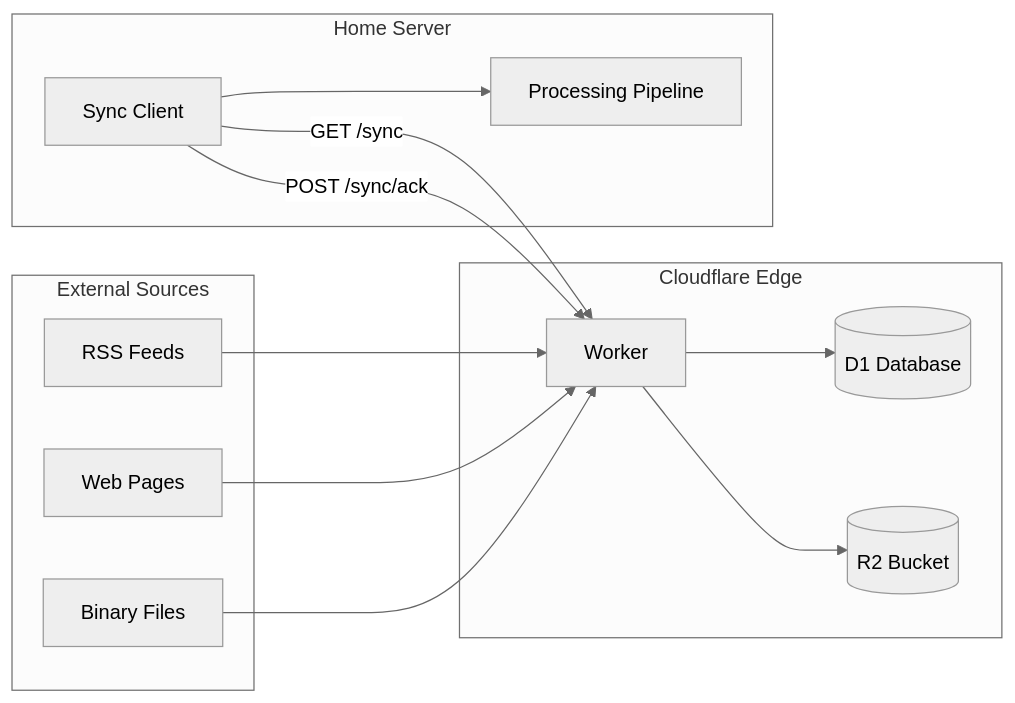
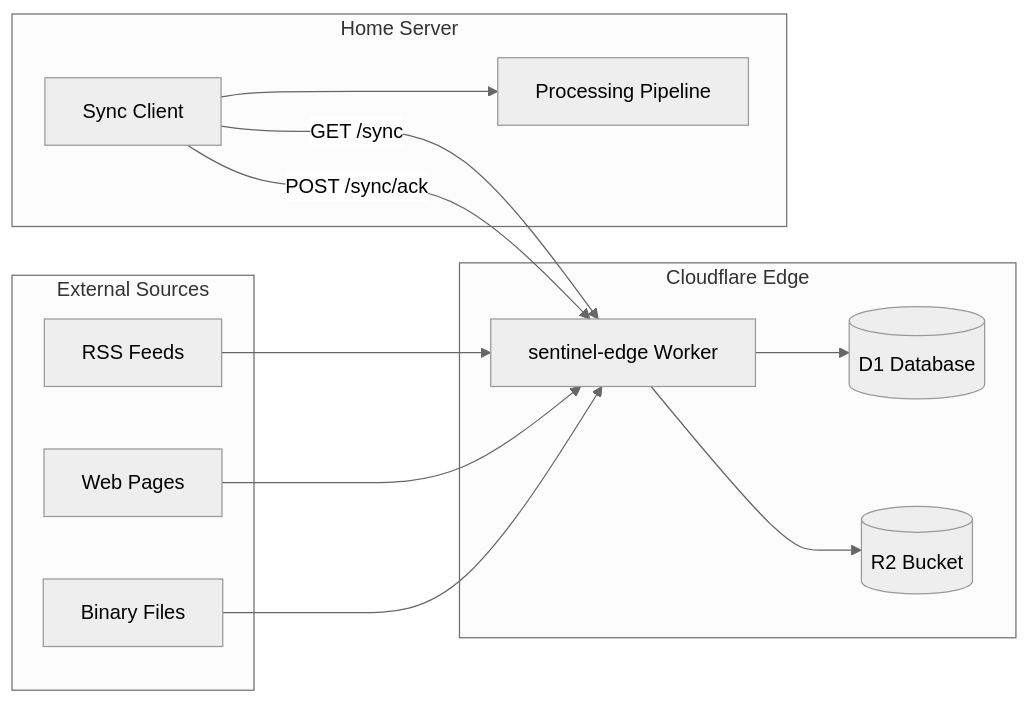
The diagram in edge/README.md (jpansarasa/ATLAS-Docs), drawn with Mermaid (neutral theme) before and after one commit. The commit also changed other lines of this file and 17 other files, not shown here.

````diff
--- a/edge/README.md
+++ b/edge/README.md
@@ -9,26 +11,28 @@
 ```mermaid
 flowchart LR
-    subgraph "Cloudflare Edge"
-        W[Worker] --> D1[(D1 Database)]
-        W --> R2[(R2 Bucket)]
-    end
-
-    subgraph "External Sources"
+    subgraph External Sources
         RSS[RSS Feeds]
         HTML[Web Pages]
         BIN[Binary Files]
     end
 
-    subgraph "Home Server"
+    subgraph Cloudflare Edge
+        W[sentinel-edge Worker]
+        D1[(D1 Database)]
+        R2[(R2 Bucket)]
+    end
+
+    subgraph Home Server
         Sync[Sync Client]
-        Process[Processing Pipeline]
+        Pipeline[Processing Pipeline]
     end
 
     RSS --> W
     HTML --> W
     BIN --> W
-
+    W --> D1
+    W --> R2
     Sync -->|GET /sync| W
     Sync -->|POST /sync/ack| W
-    Sync --> Process
+    Sync --> Pipeline
 ```
````
